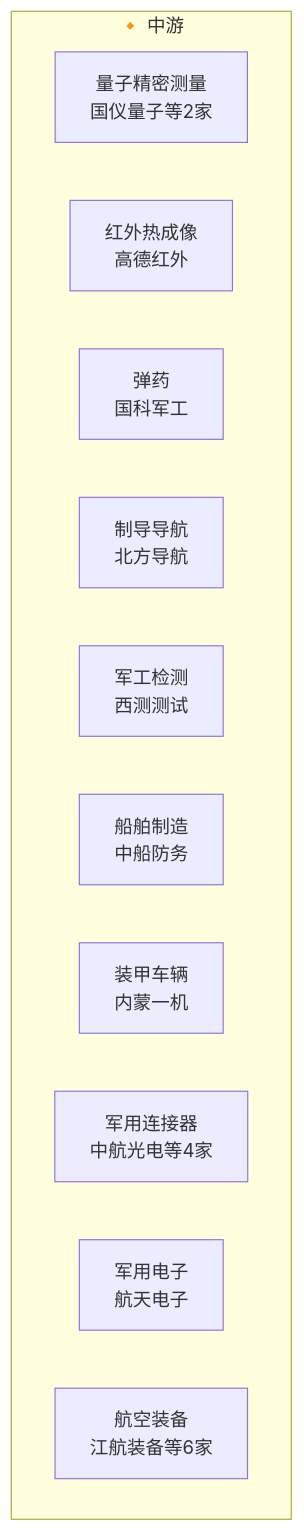
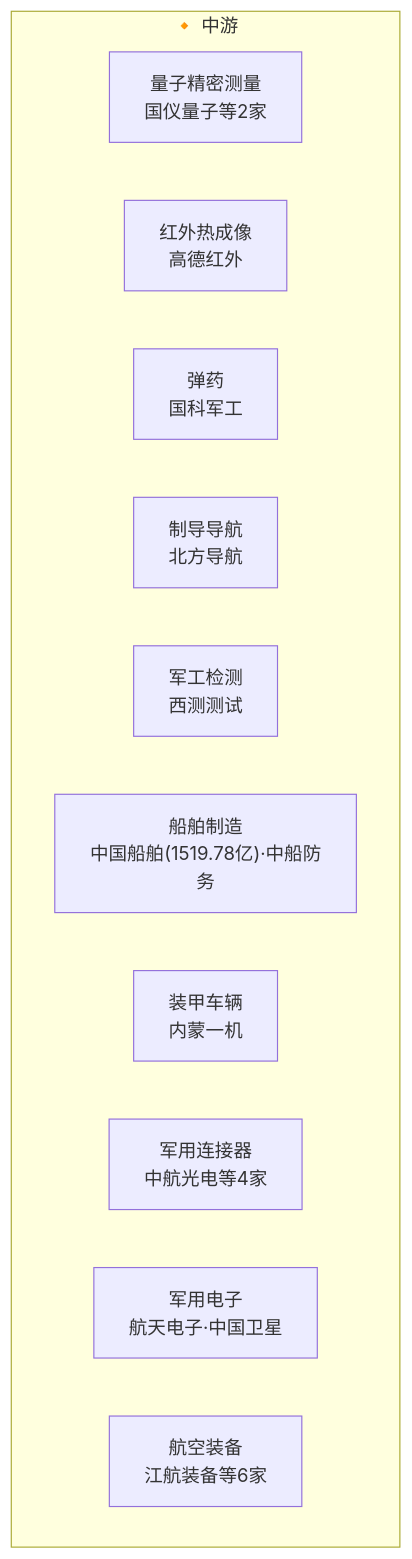
Before and after one commit to zhangbo1882/open-industry: the diagram in industry/wiki/industries/国防军工产业链.md, drawn with Mermaid. The commit also changed other lines of this file and 18 other files, not shown here.

````diff
--- a/industry/wiki/industries/国防军工产业链.md
+++ b/industry/wiki/industries/国防军工产业链.md
@@ -17,15 +17,15 @@
 ```mermaid
 flowchart TB
     subgraph midstream["🔸 中游"]
         量子精密测量["量子精密测量<br/>国仪量子等2家"]
         红外热成像["红外热成像<br/>高德红外"]
         弹药["弹药<br/>国科军工"]
         制导导航["制导导航<br/>北方导航"]
         军工检测["军工检测<br/>西测测试"]
-        船舶制造["船舶制造<br/>中船防务"]
+        船舶制造["船舶制造<br/>中国船舶(1519.78亿)·中船防务"]
         装甲车辆["装甲车辆<br/>内蒙一机"]
         军用连接器["军用连接器<br/>中航光电等4家"]
-        军用电子["军用电子<br/>航天电子"]
+        军用电子["军用电子<br/>航天电子·中国卫星"]
         航空装备["航空装备<br/>江航装备等6家"]
     end
 ```
````
